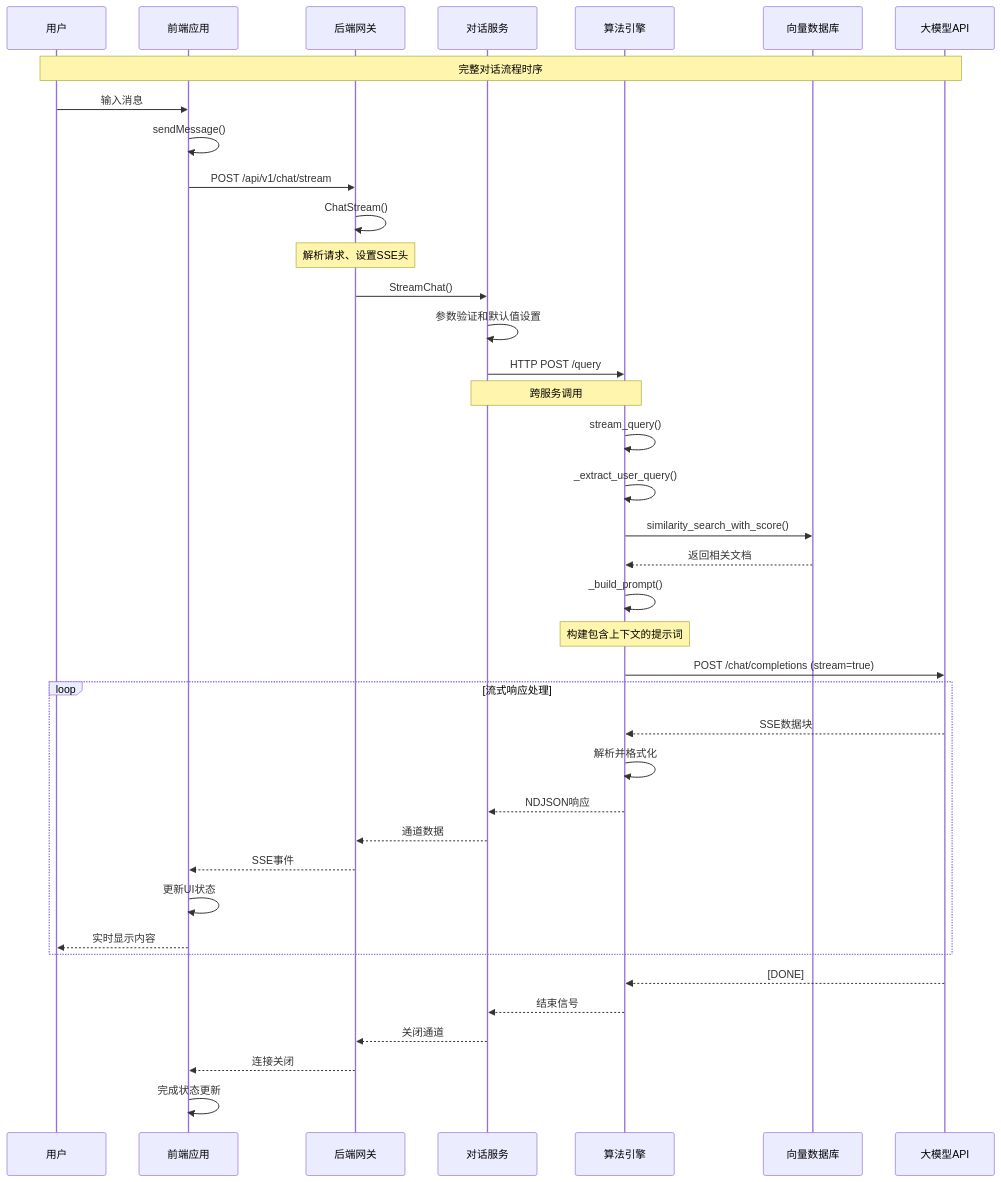
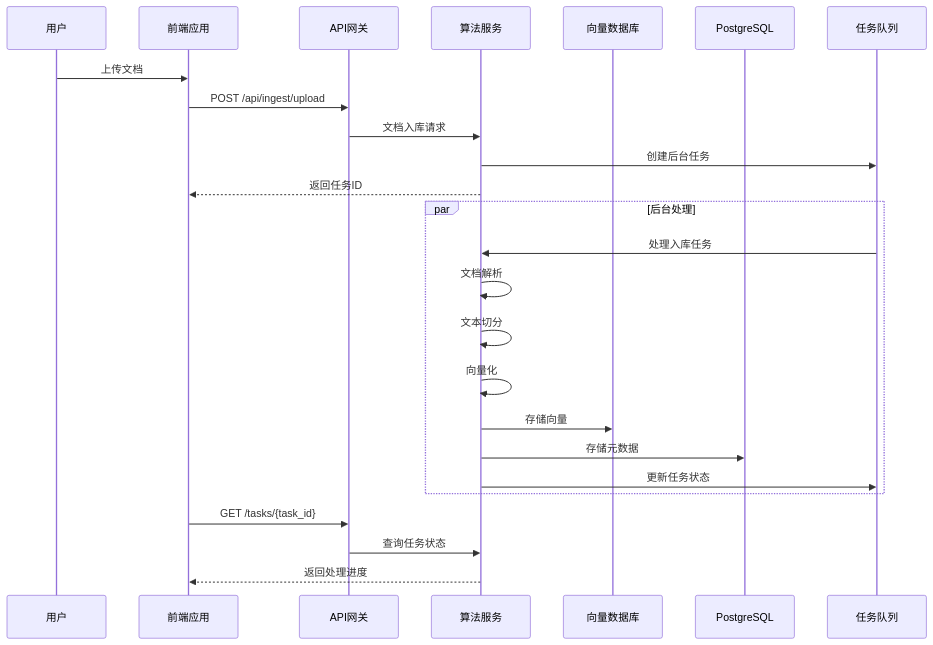
One commit to haoyunlt/voicehelper changed the seventh of 7 diagrams in docs/ARCHITECTURE_DEEP_DIVE.md. Above: the diagram before and after it, drawn with Mermaid. The commit also changed other lines of this file, not shown here.

````diff
--- a/docs/ARCHITECTURE_DEEP_DIVE.md
+++ b/docs/ARCHITECTURE_DEEP_DIVE.md
@@ -2563,52 +3958,30 @@
 ```mermaid
 sequenceDiagram
     participant U as 用户
     participant F as 前端应用
-    participant G as 后端网关
-    participant S as 对话服务
-    participant A as 算法引擎
-    participant M as 向量数据库
-    participant L as 大模型API
+    participant G as API网关
+    participant A as 算法服务
+    participant V as 向量数据库
+    participant P as PostgreSQL
+    participant Q as 任务队列
 
-    Note over U,L: 完整对话流程时序
+    U->>F: 上传文档
+    F->>G: POST /api/ingest/upload
+    G->>A: 文档入库请求
+    A->>Q: 创建后台任务
+    A-->>F: 返回任务ID
     
-    U->>F: 输入消息
-    F->>F: sendMessage()
-    F->>G: POST /api/v1/chat/stream
-    
-    G->>G: ChatStream()
-    Note over G: 解析请求、设置SSE头
-    
-    G->>S: StreamChat()
-    S->>S: 参数验证和默认值设置
-    
-    S->>A: HTTP POST /query
-    Note over S,A: 跨服务调用
-    
-    A->>A: stream_query()
-    A->>A: _extract_user_query()
-    
-    A->>M: similarity_search_with_score()
-    M-->>A: 返回相关文档
-    
-    A->>A: _build_prompt()
-    Note over A: 构建包含上下文的提示词
-    
-    A->>L: POST /chat/completions (stream=true)
-    
-    loop 流式响应处理
-        L-->>A: SSE数据块
-        A->>A: 解析并格式化
-        A-->>S: NDJSON响应
-        S-->>G: 通道数据
-        G-->>F: SSE事件
-        F->>F: 更新UI状态
-        F-->>U: 实时显示内容
+    par 后台处理
+        Q->>A: 处理入库任务
+        A->>A: 文档解析
+        A->>A: 文本切分
+        A->>A: 向量化
+        A->>V: 存储向量
+        A->>P: 存储元数据
+        A->>Q: 更新任务状态
     end
     
-    L-->>A: [DONE]
-    A-->>S: 结束信号
-    S-->>G: 关闭通道
-    G-->>F: 连接关闭
-    F->>F: 完成状态更新
+    F->>G: GET /tasks/{task_id}
+    G->>A: 查询任务状态
+    A-->>F: 返回处理进度
 ```
````
